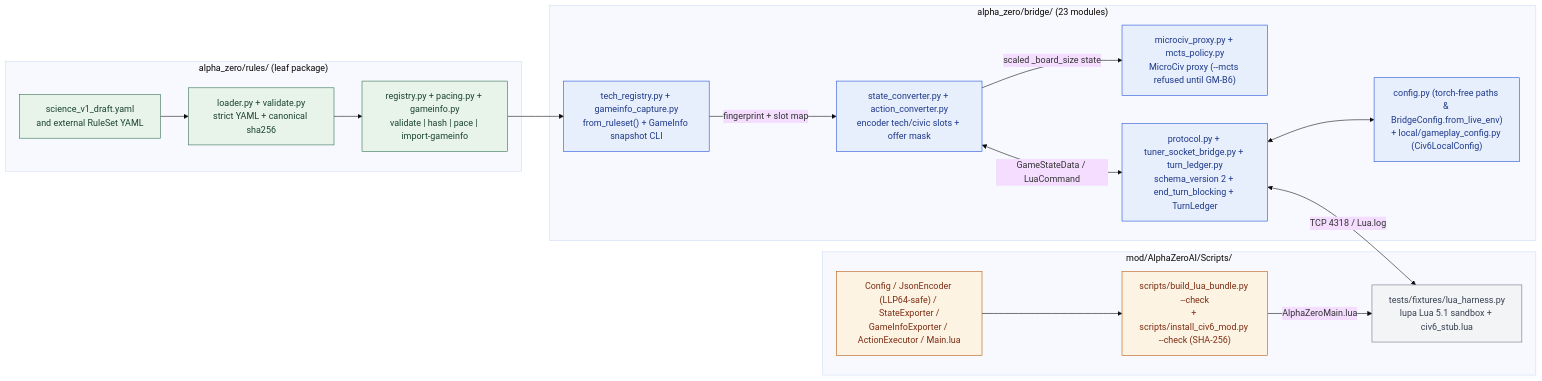
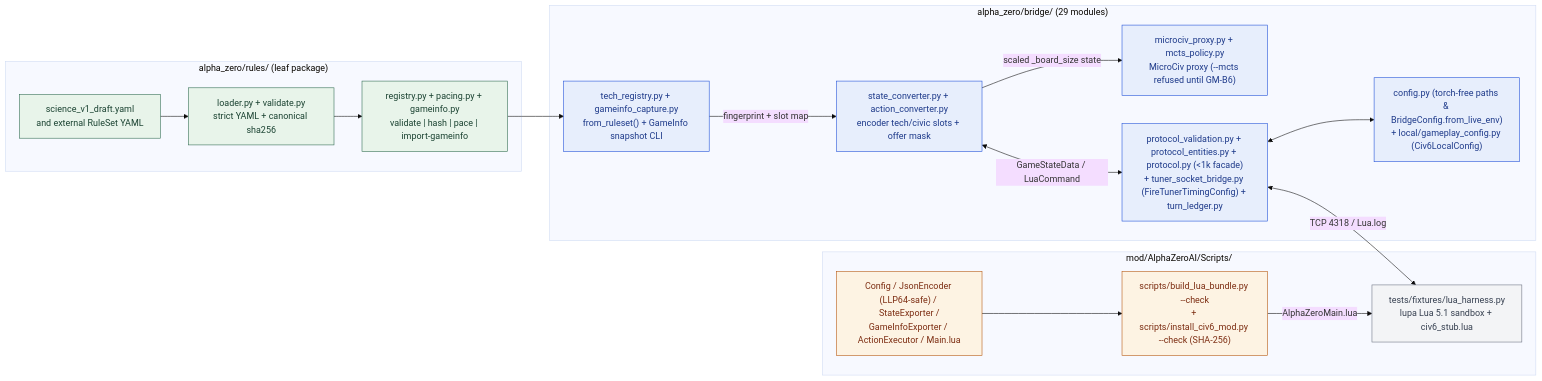
One commit to Mango-Metrics-NLM/Civ6-AlphaZero changed the ninth of 9 diagrams in docs/architecture/C4_ARCHITECTURE.md. Above: the diagram before and after it, drawn with Mermaid (base theme). The commit also changed other lines of this file and 19 other files, not shown here.

````diff
--- a/docs/architecture/C4_ARCHITECTURE.md
+++ b/docs/architecture/C4_ARCHITECTURE.md
@@ -549,35 +549,35 @@
 ```mermaid
 flowchart LR
     classDef leaf fill:#e8f4ea,stroke:#2d6a4f,color:#1b4332
     classDef bridge fill:#e7eefc,stroke:#1d4ed8,color:#1e3a8a
     classDef lua fill:#fdf3e3,stroke:#b45309,color:#7c2d12
     classDef test fill:#f3f4f6,stroke:#6b7280,color:#374151
 
     subgraph Rules["alpha_zero/rules/ (leaf package)"]
         Yaml["science_v1_draft.yaml\nand external RuleSet YAML"]:::leaf
         Loader["loader.py + validate.py\nstrict YAML + canonical sha256"]:::leaf
         Registry["registry.py + pacing.py + gameinfo.py\nvalidate | hash | pace | import-gameinfo"]:::leaf
     end
 
-    subgraph BridgePy["alpha_zero/bridge/ (23 modules)"]
+    subgraph BridgePy["alpha_zero/bridge/ (29 modules)"]
         ConfigPy["config.py (torch-free paths & BridgeConfig.from_live_env)\n+ local/gameplay_config.py (Civ6LocalConfig)"]:::bridge
         TechReg["tech_registry.py + gameinfo_capture.py\nfrom_ruleset() + GameInfo snapshot CLI"]:::bridge
         Converters["state_converter.py + action_converter.py\nencoder tech/civic slots + offer mask"]:::bridge
         ProxyRefusal["microciv_proxy.py + mcts_policy.py\nMicroCiv proxy (--mcts refused until GM-B6)"]:::bridge
-        Proto["protocol.py + tuner_socket_bridge.py + turn_ledger.py\nschema_version 2 + end_turn_blocking + TurnLedger"]:::bridge
+        Proto["protocol_validation.py + protocol_entities.py + protocol.py (<1k facade)\n+ tuner_socket_bridge.py (FireTunerTimingConfig) + turn_ledger.py"]:::bridge
     end
 
     subgraph ModLua["mod/AlphaZeroAI/Scripts/"]
         SrcLua["Config / JsonEncoder (LLP64-safe) / StateExporter /\nGameInfoExporter / ActionExecutor / Main.lua"]:::lua
         Bundler["scripts/build_lua_bundle.py --check\n+ scripts/install_civ6_mod.py --check (SHA-256)"]:::lua
         Harness["tests/fixtures/lua_harness.py\nlupa Lua 5.1 sandbox + civ6_stub.lua"]:::test
     end
 
     Yaml --> Loader --> Registry --> TechReg
     TechReg -->|"fingerprint + slot map"| Converters
     Converters <-->|"GameStateData / LuaCommand"| Proto
     Proto <--> ConfigPy
     Converters -->|"scaled _board_size state"| ProxyRefusal
     SrcLua --> Bundler -->|"AlphaZeroMain.lua"| Harness
     Proto <-->|"TCP 4318 / Lua.log"| Harness
 ```
````
